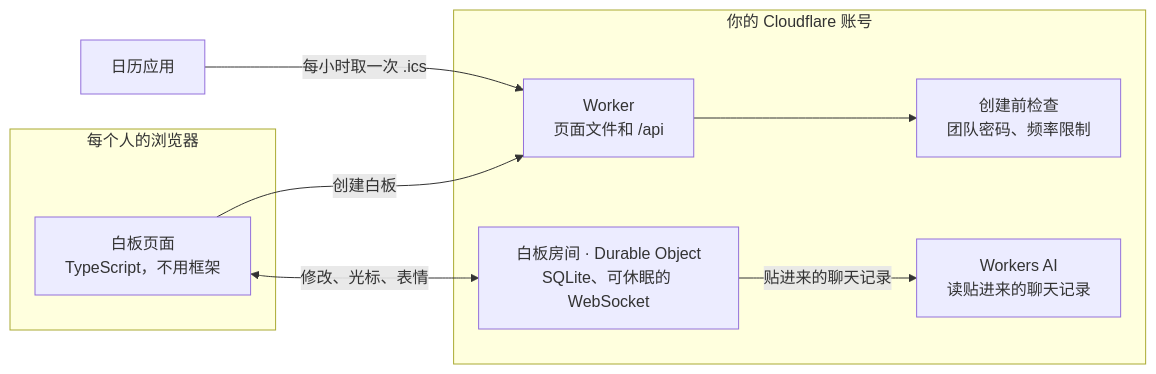
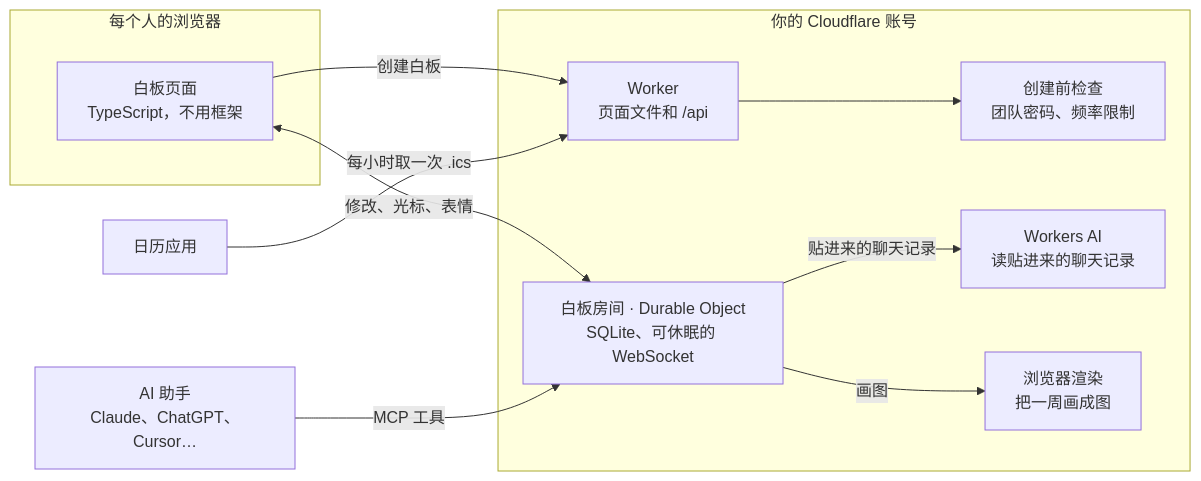
Before and after one commit to s045pd/longtable: the diagram in README.zh-CN.md, drawn with Mermaid. The commit also changed other lines of this file and 20 other files, not shown here.

````diff
--- a/README.zh-CN.md
+++ b/README.zh-CN.md
@@ -239,18 +266,22 @@
 ```mermaid
 flowchart LR
   subgraph browser [每个人的浏览器]
     app["白板页面<br/>TypeScript，不用框架"]
   end
   subgraph cf [你的 Cloudflare 账号]
     worker["Worker<br/>页面文件和 /api"]
     gate["创建前检查<br/>团队密码、频率限制"]
     room["白板房间 · Durable Object<br/>SQLite、可休眠的 WebSocket"]
     ai["Workers AI<br/>读贴进来的聊天记录"]
+    br["浏览器渲染<br/>把一周画成图"]
   end
   cal["日历应用"]
+  mcp["AI 助手<br/>Claude、ChatGPT、Cursor…"]
   app -- "创建白板" --> worker
   worker --> gate
   app <-- "修改、光标、表情" --> room
   room -- "贴进来的聊天记录" --> ai
   cal -- "每小时取一次 .ics" --> worker
+  mcp -- "MCP 工具" --> room
+  room -- "画图" --> br
 ```
````
